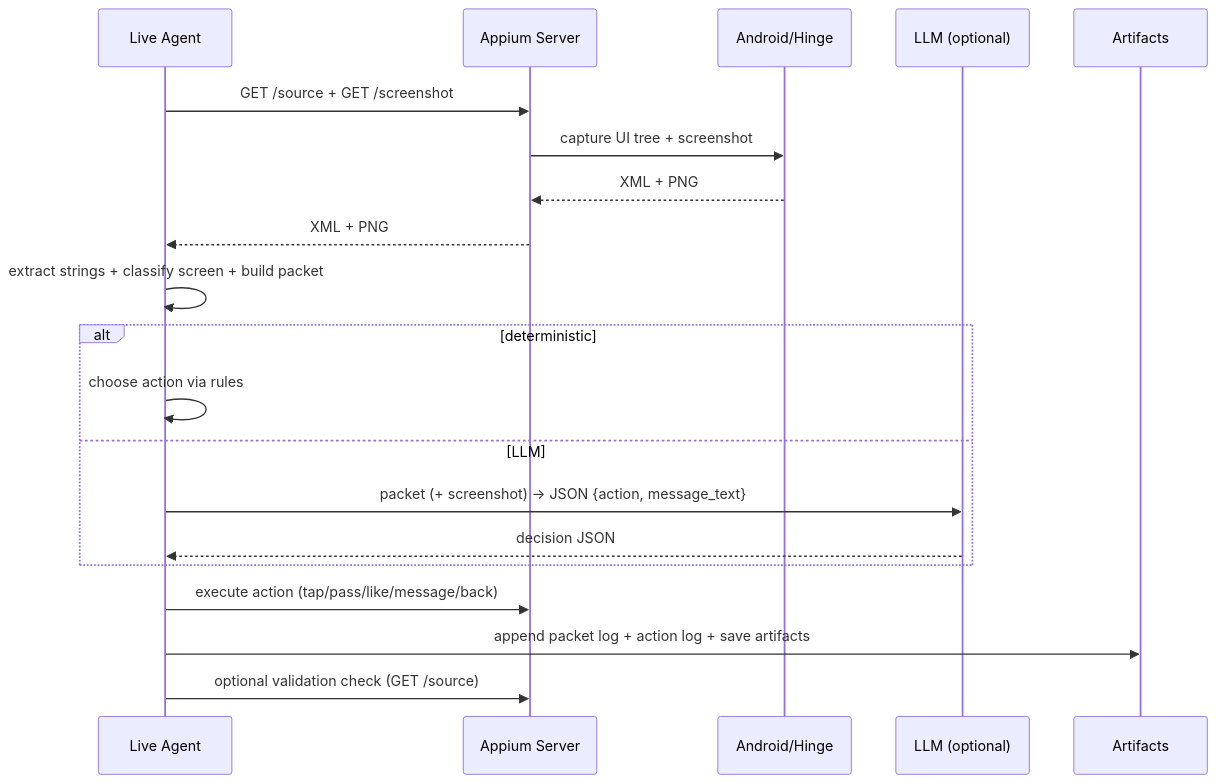
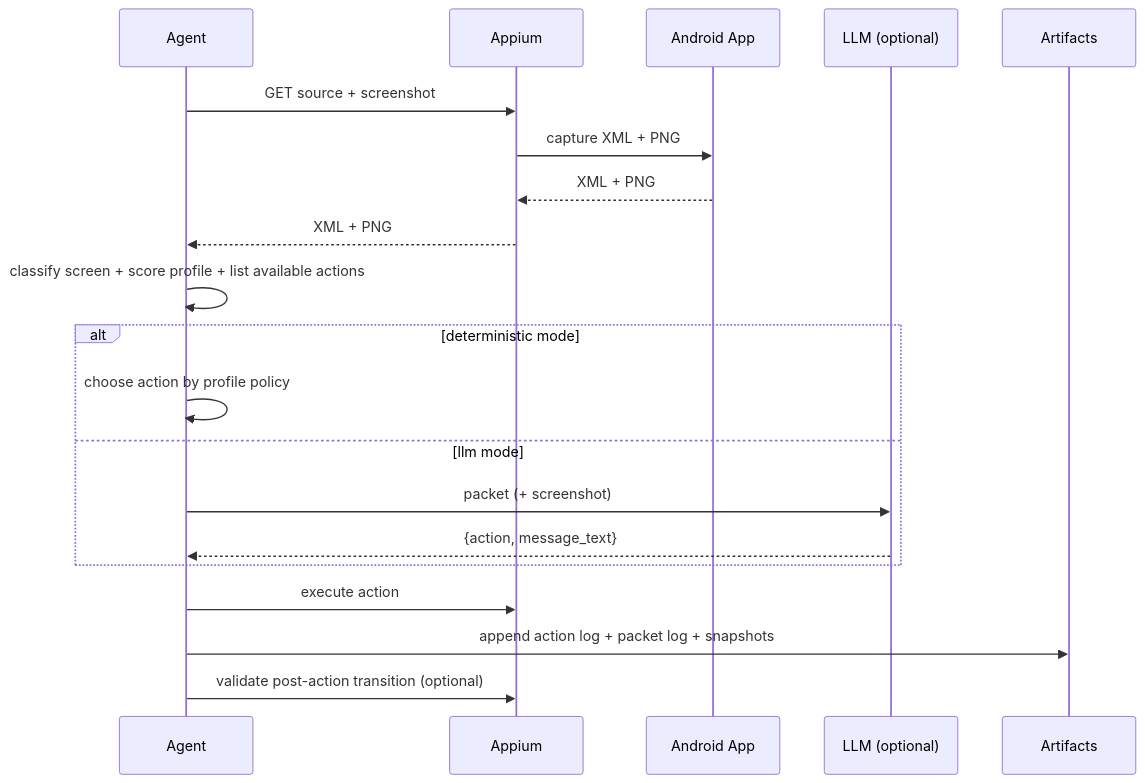
The second of 2 diagrams in README.md (saulrichardson/dating-agent), drawn with Mermaid before and after one commit. The commit also changed other lines of this file and 47 other files, not shown here.

````diff
--- a/README.md
+++ b/README.md
@@ -38,23 +44,23 @@
 ```mermaid
 sequenceDiagram
-  participant Agent as Live Agent
-  participant Appium as Appium Server
-  participant Device as Android/Hinge
-  participant LLM as LLM (optional)
-  participant Disk as Artifacts
+  participant A as Agent
+  participant P as Appium
+  participant D as Android App
+  participant L as LLM (optional)
+  participant F as Artifacts
 
-  Agent->>Appium: GET /source + GET /screenshot
-  Appium->>Device: capture UI tree + screenshot
-  Device-->>Appium: XML + PNG
-  Appium-->>Agent: XML + PNG
-  Agent->>Agent: extract strings + classify screen + build packet
-  alt deterministic
-    Agent->>Agent: choose action via rules
-  else LLM
-    Agent->>LLM: packet (+ screenshot) -> JSON {action, message_text}
-    LLM-->>Agent: decision JSON
+  A->>P: GET source + screenshot
+  P->>D: capture XML + PNG
+  D-->>P: XML + PNG
+  P-->>A: XML + PNG
+  A->>A: classify screen + score profile + list available actions
+  alt deterministic mode
+    A->>A: choose action by profile policy
+  else llm mode
+    A->>L: packet (+ screenshot)
+    L-->>A: {action, message_text}
   end
-  Agent->>Appium: execute action (tap/pass/like/message/back)
-  Agent->>Disk: append packet log + action log + save artifacts
-  Agent->>Appium: optional validation check (GET /source)
+  A->>P: execute action
+  A->>F: append action log + packet log + snapshots
+  A->>P: validate post-action transition (optional)
 ```
````
